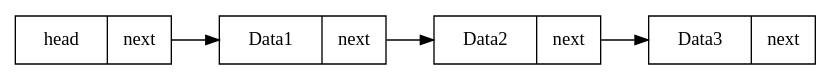
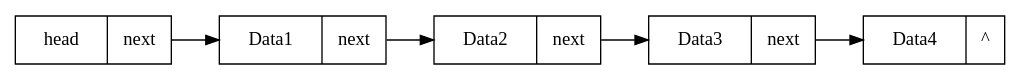
Before and after one commit to Mirasire/icpc-train: the diagram in pic/Graphviz/qw.dot, drawn with Graphviz. The commit also changed 1 other file, not shown here.

```diff
--- a/pic/Graphviz/qw.dot
+++ b/pic/Graphviz/qw.dot
@@ -1,9 +1,10 @@
 digraph LinkedList{
     node [shape = record]
     rankdir = LR;
     head  [label="{&nbsp; head &nbsp; |next}"]
     node1 [label=" {&nbsp; Data1 &nbsp;| next}"];
     node2 [label=" {&nbsp; Data2 &nbsp;| next}"];
     node3 [label=" {&nbsp; Data3 &nbsp;| next}"];
-    head->node1->node2->node3;
+    node4 [label=" {&nbsp; Data4 &nbsp;| ^ }"];
+    head->node1->node2->node3->node4;
 }
```
